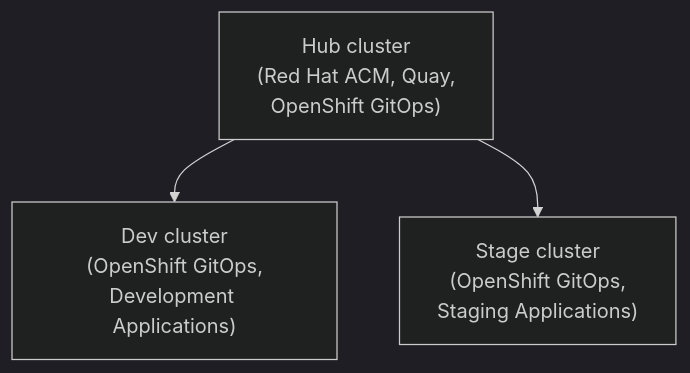
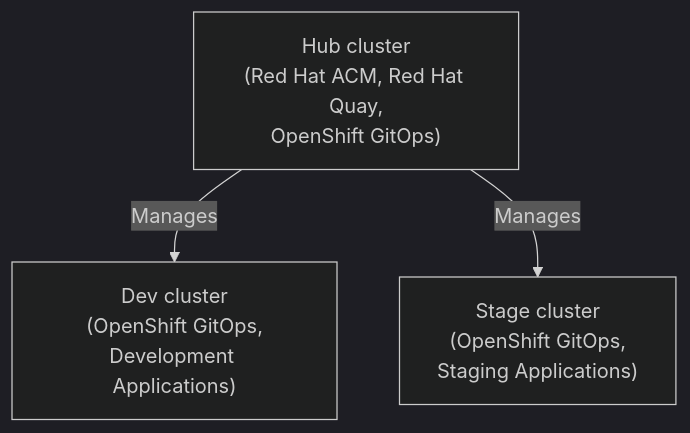
Before and after one commit to hello-world-gitops/.github: the first of 3 diagrams in profile/README.md, drawn with Mermaid (dark theme).

Commit message:
Add manages subtext to arrows in cluster diagram

````diff
--- a/profile/README.md
+++ b/profile/README.md
@@ -20,5 +20,5 @@
 ```mermaid
 graph TD
-        Hub["Hub cluster<br />(Red Hat ACM, Quay,<br />OpenShift GitOps)"] --> Dev["Dev cluster<br />(OpenShift GitOps,<br />Development Applications)"]
-        Hub --> Stage["Stage cluster<br />(OpenShift GitOps,<br />Staging Applications)"]
+        Hub["Hub cluster<br />(Red Hat ACM, Red Hat Quay,<br />OpenShift GitOps)"] -- Manages --> Dev["Dev cluster<br />(OpenShift GitOps,<br />Development Applications)"]
+        Hub -- Manages --> Stage["Stage cluster<br />(OpenShift GitOps,<br />Staging Applications)"]
 ```
````
